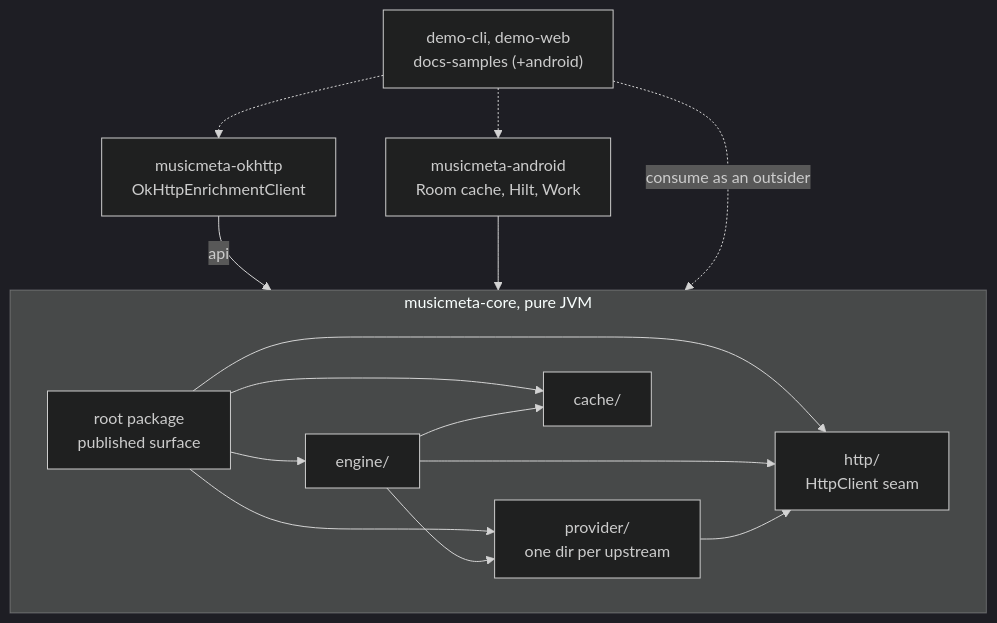
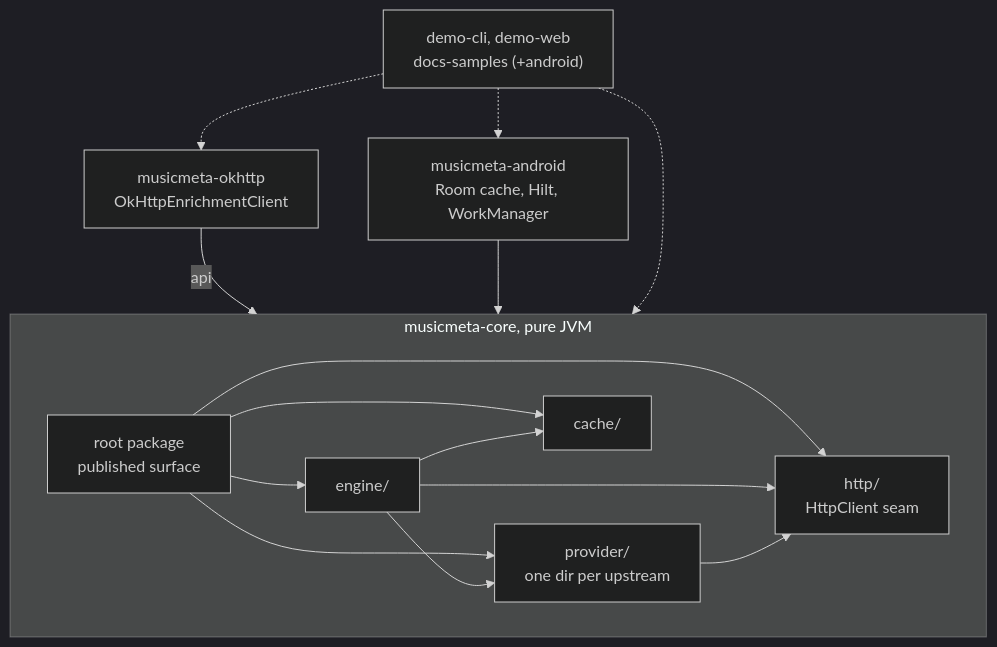
Before and after one commit to famesjranko/musicmeta: the first of 2 diagrams in ARCHITECTURE.md, drawn with Mermaid (dark theme).

Commit message:
docs: untangle the floating edge label in the module diagram

````diff
--- a/ARCHITECTURE.md
+++ b/ARCHITECTURE.md
@@ -30,23 +30,23 @@
 ```mermaid
 flowchart TD
     subgraph core["musicmeta-core, pure JVM"]
         published["root package<br/>published surface"]
         engine["engine/"]
         provider["provider/<br/>one dir per upstream"]
         cache["cache/"]
         http["http/<br/>HttpClient seam"]
         published --> engine
         published --> provider
         published --> cache
         published --> http
         engine --> provider
         engine --> cache
         engine --> http
         provider --> http
     end
     okhttp["musicmeta-okhttp<br/>OkHttpEnrichmentClient"] -->|api| core
-    android["musicmeta-android<br/>Room cache, Hilt, Work"] --> core
-    demos["demo-cli, demo-web<br/>docs-samples (+android)"] -.->|"consume as an outsider"| core
+    android["musicmeta-android<br/>Room cache, Hilt, WorkManager"] --> core
+    demos["demo-cli, demo-web<br/>docs-samples (+android)"] -.-> core
     demos -.-> okhttp
     demos -.-> android
 ```
````
